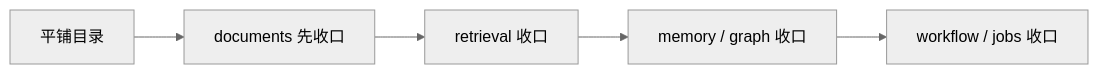
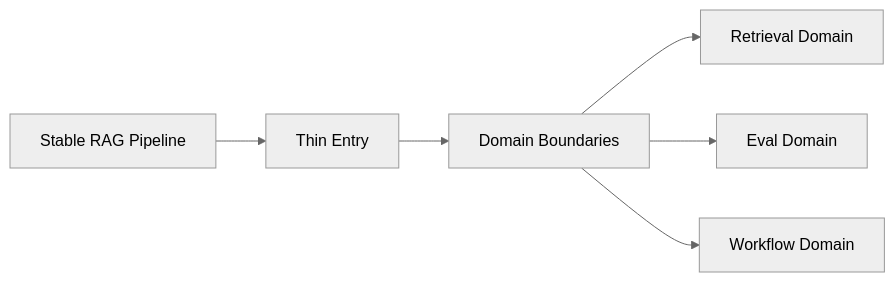
One commit to pretextQ/Reminder changed diagram 19 of 23 in company_target/day1-day20-summary.md. Above: the diagram before and after it, drawn with Mermaid (neutral theme). The commit also changed other lines of this file and 4 other files, not shown here.

````diff
--- a/company_target/day1-day20-summary.md
+++ b/company_target/day1-day20-summary.md
@@ -559,7 +598,8 @@
 ```mermaid
 flowchart LR
-    A[平铺目录] --> B[documents 先收口]
-    B --> C[retrieval 收口]
-    C --> D[memory / graph 收口]
-    D --> E[workflow / jobs 收口]
+    A[Stable RAG Pipeline] --> B[Thin Entry]
+    B --> C[Domain Boundaries]
+    C --> D[Retrieval Domain]
+    C --> E[Eval Domain]
+    C --> F[Workflow Domain]
 ```
````
